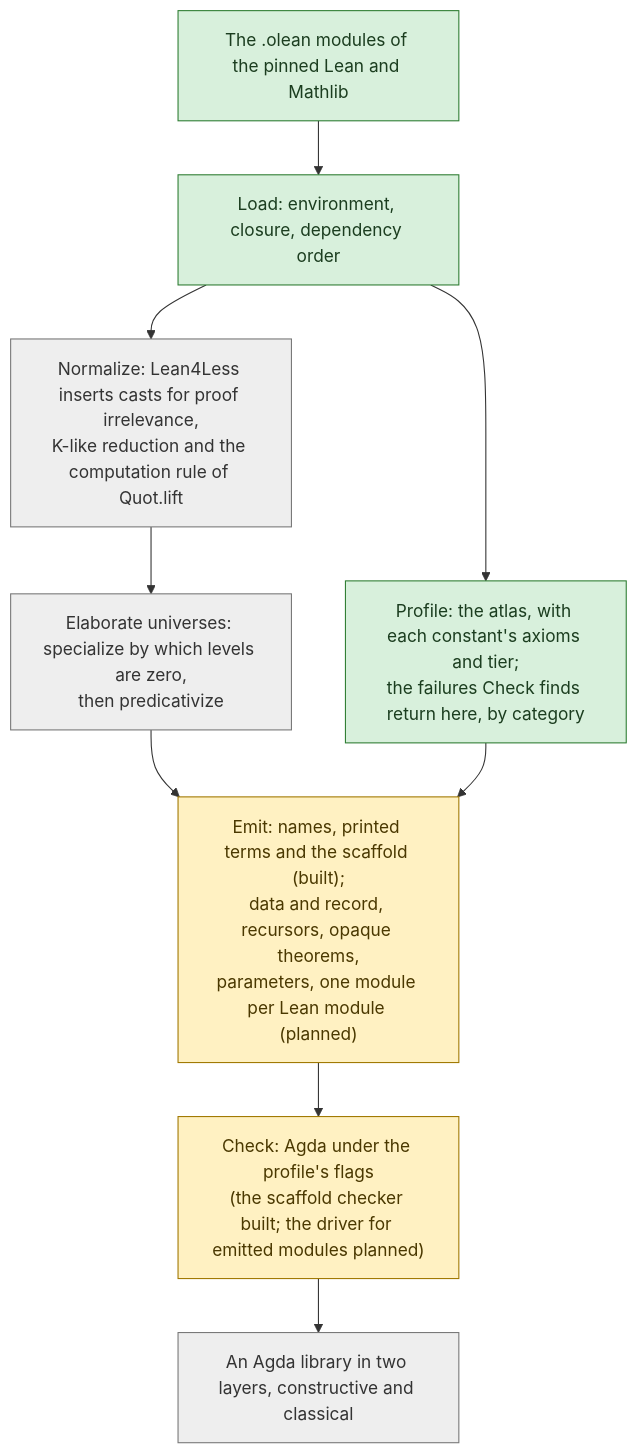
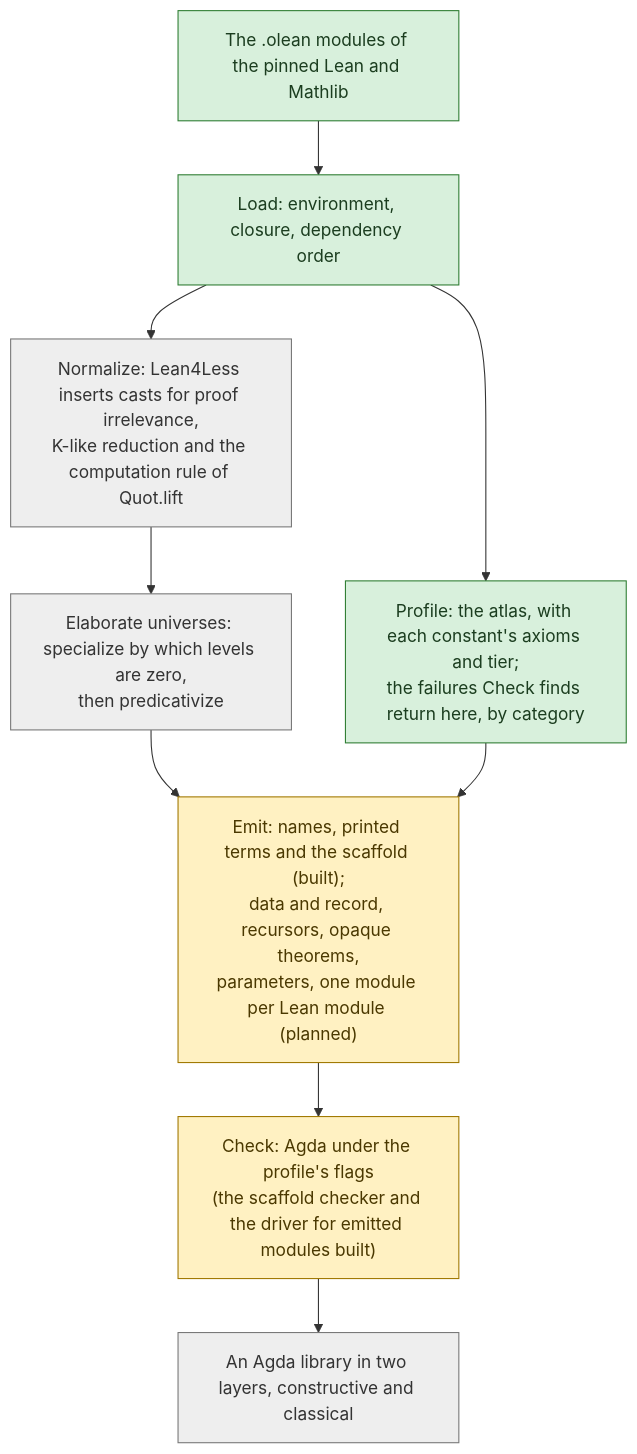
One commit to formalverification/lean2agda changed the diagram in docs/architecture.md. Above: the diagram before and after it, drawn with Mermaid. The commit also changed other lines of this file and 4 other files, not shown here.

First line of the commit message:
Document the tree of modules, the split rule and the driver

````diff
--- a/docs/architecture.md
+++ b/docs/architecture.md
@@ -73,17 +72,17 @@
 ```mermaid
 flowchart TB
   classDef built fill:#d8f0dc,stroke:#2e7d32,color:#1b3d1f
   classDef partial fill:#fff1c2,stroke:#a07800,color:#4a3800
   classDef planned fill:#eeeeee,stroke:#777777,color:#333333
   olean["The .olean modules of the pinned Lean and Mathlib"]:::built
   load["Load: environment, closure, dependency order"]:::built
   atlas["Profile: the atlas, with each constant's axioms and tier;<br/>the failures Check finds return here, by category"]:::built
   norm["Normalize: Lean4Less inserts casts for proof irrelevance,<br/>K-like reduction and the computation rule of Quot.lift"]:::planned
   univ["Elaborate universes: specialize by which levels are zero,<br/>then predicativize"]:::planned
   emit["Emit: names, printed terms and the scaffold (built);<br/>data and record, recursors, opaque theorems,<br/>parameters, one module per Lean module (planned)"]:::partial
-  check["Check: Agda under the profile's flags<br/>(the scaffold checker built; the driver for emitted modules planned)"]:::partial
+  check["Check: Agda under the profile's flags<br/>(the scaffold checker and the driver for emitted modules built)"]:::partial
   lib["An Agda library in two layers, constructive and classical"]:::planned
   olean --> load
   load --> norm --> univ --> emit --> check --> lib
   load --> atlas --> emit
 ```
````
